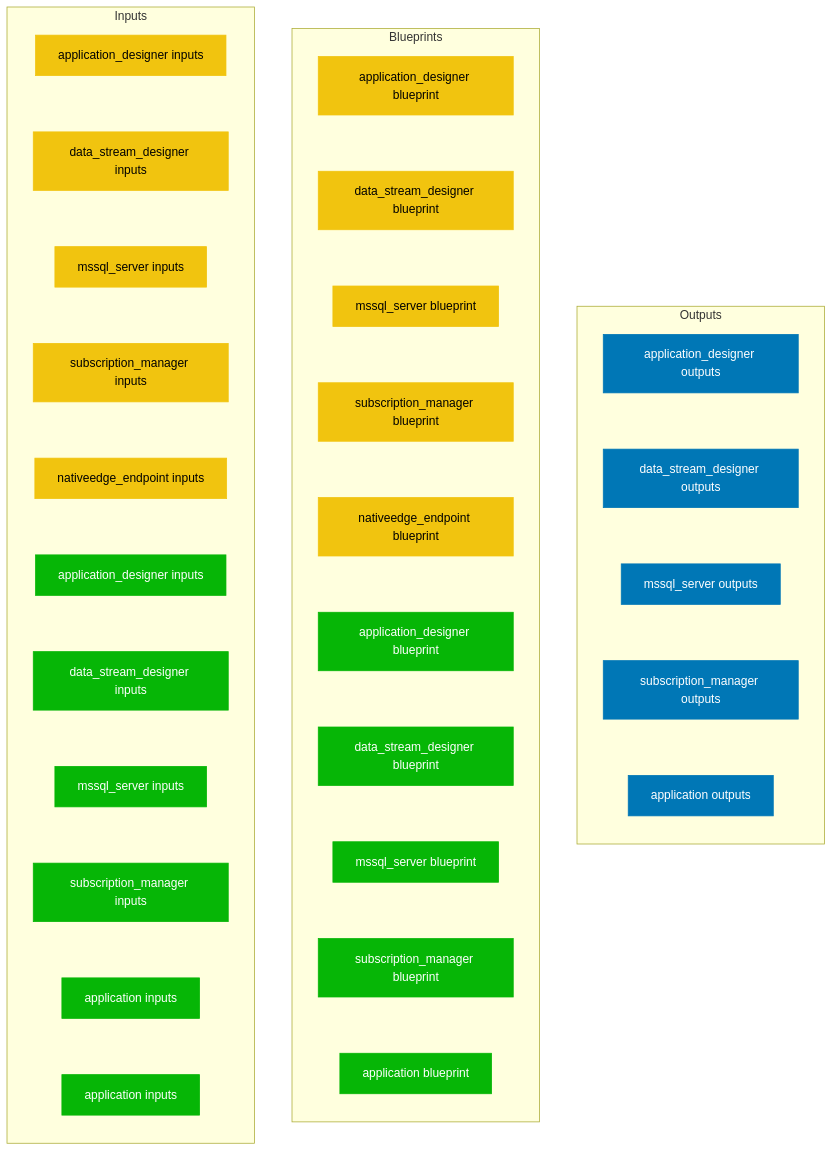
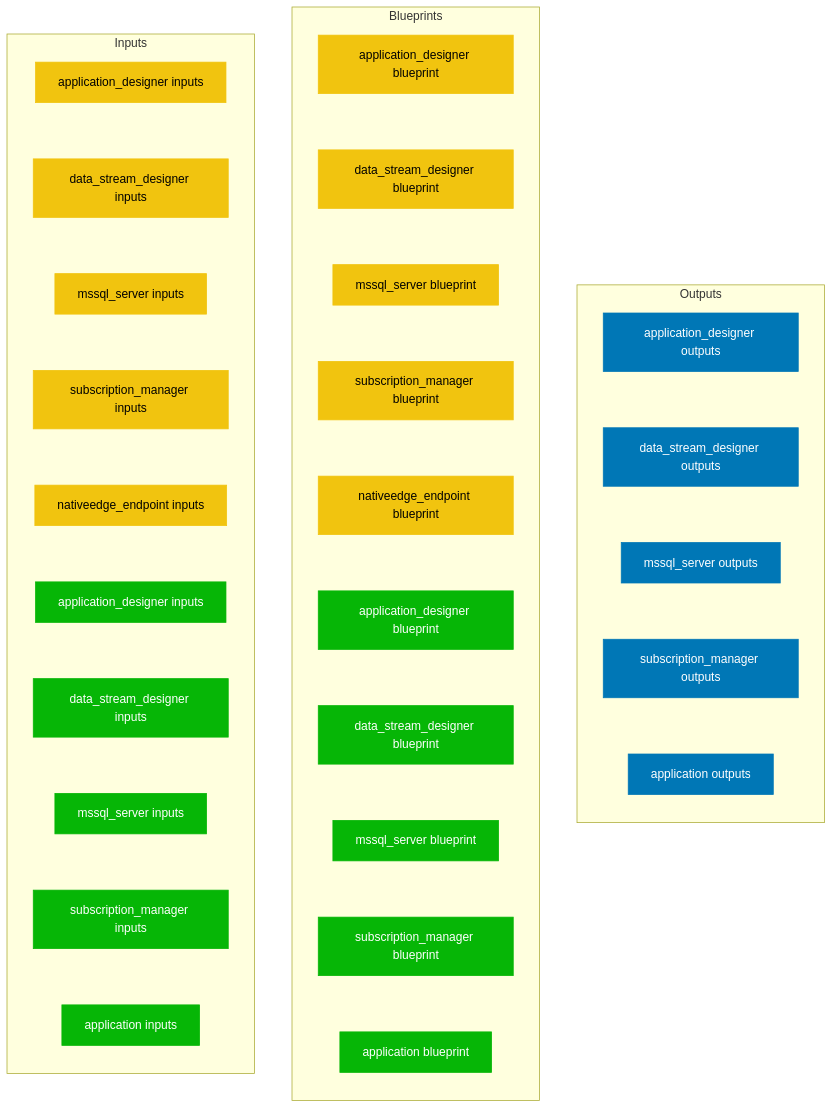
One commit to orenw-swimm/dell-toy1 changed the second of 2 diagrams in .swm/xmpro-suite_for_nativeedge_endpoint.Z2d8l96.sw.md. Above: the diagram before and after it, drawn with Mermaid. The commit also changed other lines of this file, not shown here.

````diff
--- a/.swm/xmpro-suite_for_nativeedge_endpoint.Z2d8l96.sw.md
+++ b/.swm/xmpro-suite_for_nativeedge_endpoint.Z2d8l96.sw.md
@@ -47,78 +47,76 @@
 ```mermaid
 %%{init: { 'themeVariables': { 'lineColor': 'transparent', 'arrowheadColor': 'transparent' } }}%%
 flowchart TD
 
 
 subgraph "Outputs"
 direction TB
 application_application_designer_outputs[application_designer outputs]
 application_data_stream_designer_outputs[data_stream_designer outputs]
 application_application_designer_outputs --- application_data_stream_designer_outputs
 application_mssql_server_outputs[mssql_server outputs]
 application_data_stream_designer_outputs --- application_mssql_server_outputs
 application_subscription_manager_outputs[subscription_manager outputs]
 application_mssql_server_outputs --- application_subscription_manager_outputs
 application_outputs[application outputs]
 application_subscription_manager_outputs --- application_outputs
 end
 
 
 subgraph "Blueprints"
 direction TB
 infrastructure_xmpro_suite_nativeedge_endpoint_components_application_designer_blueprint[application_designer blueprint]
 infrastructure_xmpro_suite_nativeedge_endpoint_components_data_stream_designer_blueprint[data_stream_designer blueprint]
 infrastructure_xmpro_suite_nativeedge_endpoint_components_application_designer_blueprint --- infrastructure_xmpro_suite_nativeedge_endpoint_components_data_stream_designer_blueprint
 infrastructure_xmpro_suite_nativeedge_endpoint_components_mssql_server_blueprint[mssql_server blueprint]
 infrastructure_xmpro_suite_nativeedge_endpoint_components_data_stream_designer_blueprint --- infrastructure_xmpro_suite_nativeedge_endpoint_components_mssql_server_blueprint
 infrastructure_xmpro_suite_nativeedge_endpoint_components_subscription_manager_blueprint[subscription_manager blueprint]
 infrastructure_xmpro_suite_nativeedge_endpoint_components_mssql_server_blueprint --- infrastructure_xmpro_suite_nativeedge_endpoint_components_subscription_manager_blueprint
 infrastructure_xmpro_suite_nativeedge_endpoint_blueprint[nativeedge_endpoint blueprint]
 infrastructure_xmpro_suite_nativeedge_endpoint_components_subscription_manager_blueprint --- infrastructure_xmpro_suite_nativeedge_endpoint_blueprint
 application_application_designer_blueprint[application_designer blueprint]
 infrastructure_xmpro_suite_nativeedge_endpoint_blueprint --- application_application_designer_blueprint
 application_data_stream_designer_blueprint[data_stream_designer blueprint]
 application_application_designer_blueprint --- application_data_stream_designer_blueprint
 application_mssql_server_blueprint[mssql_server blueprint]
 application_data_stream_designer_blueprint --- application_mssql_server_blueprint
 application_subscription_manager_blueprint[subscription_manager blueprint]
 application_mssql_server_blueprint --- application_subscription_manager_blueprint
 application_blueprint[application blueprint]
 application_subscription_manager_blueprint --- application_blueprint
 end
 
 
 subgraph "Inputs"
 direction TB
 infrastructure_xmpro_suite_nativeedge_endpoint_components_application_designer_inputs[application_designer inputs]
 infrastructure_xmpro_suite_nativeedge_endpoint_components_data_stream_designer_inputs[data_stream_designer inputs]
 infrastructure_xmpro_suite_nativeedge_endpoint_components_application_designer_inputs --- infrastructure_xmpro_suite_nativeedge_endpoint_components_data_stream_designer_inputs
 infrastructure_xmpro_suite_nativeedge_endpoint_components_mssql_server_inputs[mssql_server inputs]
 infrastructure_xmpro_suite_nativeedge_endpoint_components_data_stream_designer_inputs --- infrastructure_xmpro_suite_nativeedge_endpoint_components_mssql_server_inputs
 infrastructure_xmpro_suite_nativeedge_endpoint_components_subscription_manager_inputs[subscription_manager inputs]
 infrastructure_xmpro_suite_nativeedge_endpoint_components_mssql_server_inputs --- infrastructure_xmpro_suite_nativeedge_endpoint_components_subscription_manager_inputs
 infrastructure_xmpro_suite_nativeedge_endpoint_inputs[nativeedge_endpoint inputs]
 infrastructure_xmpro_suite_nativeedge_endpoint_components_subscription_manager_inputs --- infrastructure_xmpro_suite_nativeedge_endpoint_inputs
 application_application_designer_inputs[application_designer inputs]
 infrastructure_xmpro_suite_nativeedge_endpoint_inputs --- application_application_designer_inputs
 application_data_stream_designer_inputs[data_stream_designer inputs]
 application_application_designer_inputs --- application_data_stream_designer_inputs
 application_mssql_server_inputs[mssql_server inputs]
 application_data_stream_designer_inputs --- application_mssql_server_inputs
 application_subscription_manager_inputs[subscription_manager inputs]
 application_mssql_server_inputs --- application_subscription_manager_inputs
 application_inputs[application inputs]
 application_subscription_manager_inputs --- application_inputs
-application_inputs_common[application inputs]
-application_inputs --- application_inputs_common
 end
 
 linkStyle default stroke:transparent,opacity:0;
 
 classDef blue_cubes fill:#0077b6,stroke:#0077b6,color:#ffffff;
 classDef green_cubes fill:#06b606,stroke:#06b606,color:#ffffff;
 classDef yellow_cubes fill:#f1c40f,stroke:#f1c40f,color:#000000;
 classDef dummy_nodes fill:transparent,stroke:transparent,color:transparent;
 class application_application_designer_outputs,application_data_stream_designer_outputs,application_mssql_server_outputs,application_subscription_manager_outputs,application_outputs blue_cubes;
-class application_application_designer_blueprint,application_data_stream_designer_blueprint,application_mssql_server_blueprint,application_subscription_manager_blueprint,application_blueprint,application_application_designer_inputs,application_data_stream_designer_inputs,application_mssql_server_inputs,application_subscription_manager_inputs,application_inputs,application_inputs_common green_cubes;
+class application_application_designer_blueprint,application_data_stream_designer_blueprint,application_mssql_server_blueprint,application_subscription_manager_blueprint,application_blueprint,application_application_designer_inputs,application_data_stream_designer_inputs,application_mssql_server_inputs,application_subscription_manager_inputs,application_inputs green_cubes;
 class infrastructure_xmpro_suite_nativeedge_endpoint_components_application_designer_blueprint,infrastructure_xmpro_suite_nativeedge_endpoint_components_data_stream_designer_blueprint,infrastructure_xmpro_suite_nativeedge_endpoint_components_mssql_server_blueprint,infrastructure_xmpro_suite_nativeedge_endpoint_components_subscription_manager_blueprint,infrastructure_xmpro_suite_nativeedge_endpoint_blueprint,infrastructure_xmpro_suite_nativeedge_endpoint_components_application_designer_inputs,infrastructure_xmpro_suite_nativeedge_endpoint_components_data_stream_designer_inputs,infrastructure_xmpro_suite_nativeedge_endpoint_components_mssql_server_inputs,infrastructure_xmpro_suite_nativeedge_endpoint_components_subscription_manager_inputs,infrastructure_xmpro_suite_nativeedge_endpoint_inputs yellow_cubes;
 ```
````
